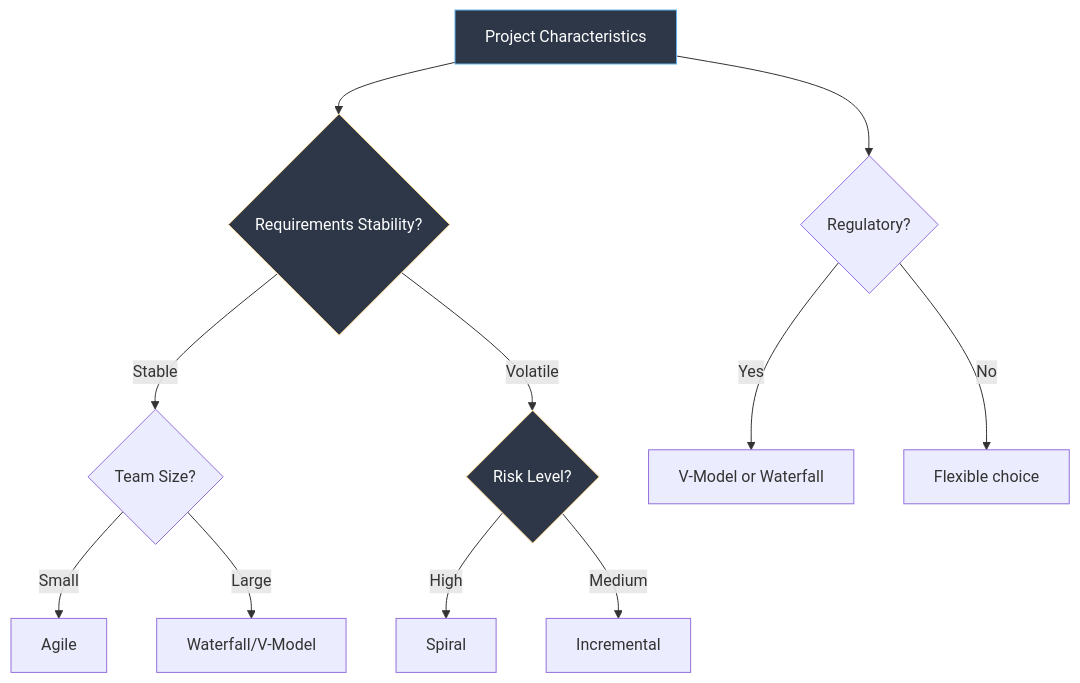
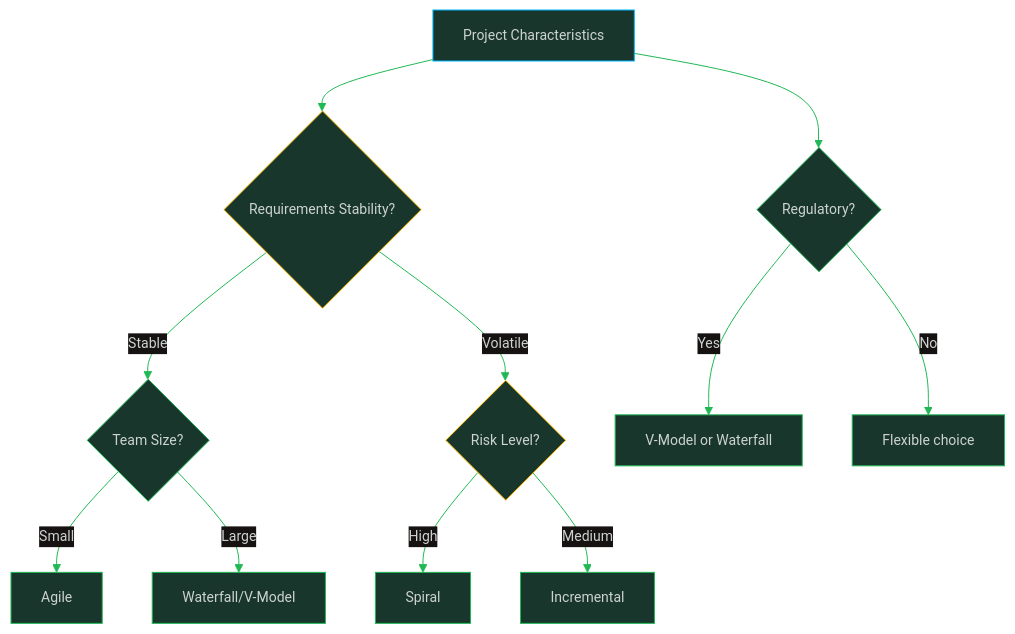
The first of 3 diagrams in software-engineering-note/09_Software_Engineering_Management/07_Estimation_and_Planning.md (oat431/swe-knowledge), drawn with Mermaid before and after one commit. The commit also changed other lines of this file and 11 other files, not shown here.

````diff
--- a/software-engineering-note/09_Software_Engineering_Management/07_Estimation_and_Planning.md
+++ b/software-engineering-note/09_Software_Engineering_Management/07_Estimation_and_Planning.md
@@ -47,17 +47,18 @@
 ```mermaid
+%%{init: {'theme':'base','themeVariables':{'primaryColor':'#19362D','primaryTextColor':'#CDD3D1','primaryBorderColor':'#1FB854','lineColor':'#1FB854','secondaryColor':'#161212','tertiaryColor':'#1B1717','background':'#1B1717','mainBkg':'#19362D','nodeBorder':'#1FB854','clusterBkg':'#161212','clusterBorder':'#19362D','titleColor':'#1FB854','edgeLabelBackground':'#161212','fontSize':'14px'}}}%%
 graph TD
     A[Project Characteristics] --> B{Requirements Stability?}
     B -->|Stable| C{Team Size?}
     B -->|Volatile| D{Risk Level?}
     C -->|Small| E[Agile]
     C -->|Large| F[Waterfall/V-Model]
     D -->|High| G[Spiral]
     D -->|Medium| H[Incremental]
     A --> I{Regulatory?}
     I -->|Yes| J[V-Model or Waterfall]
     I -->|No| K[Flexible choice]
 
-    style A fill:#2d3748,stroke:#63b3ed,color:#fff
-    style B fill:#2d3748,stroke:#fbd38d,color:#fff
-    style D fill:#2d3748,stroke:#fbd38d,color:#fff
+    style A fill:#19362D,stroke:#00B5FF,color:#CDD3D1
+    style B fill:#19362D,stroke:#FFBE00,color:#CDD3D1
+    style D fill:#19362D,stroke:#FFBE00,color:#CDD3D1
 ```
````
